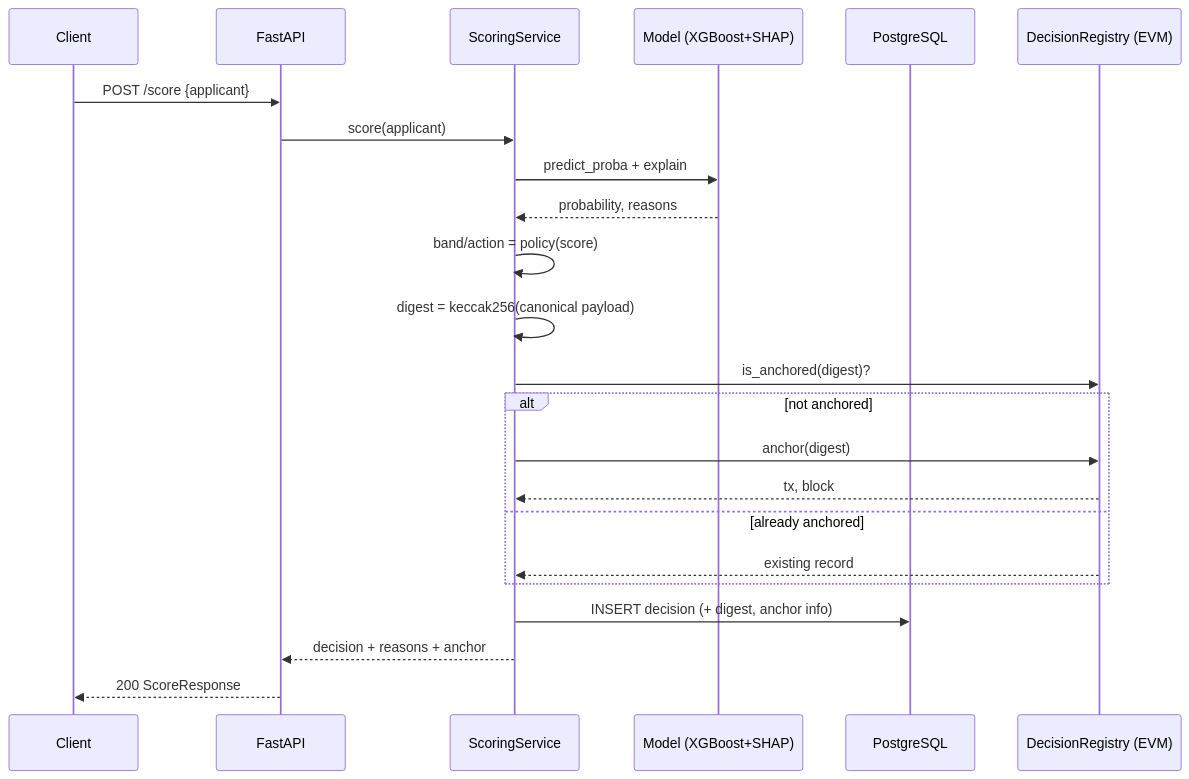
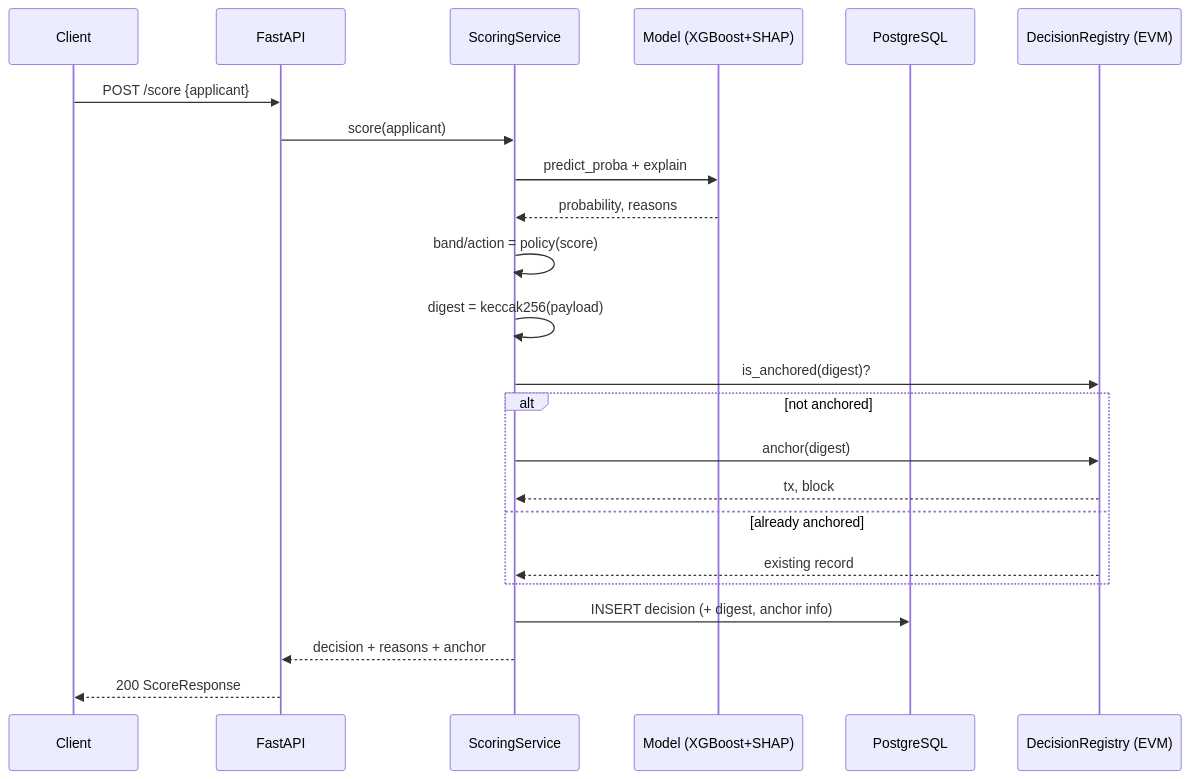
The diagram in docs/architecture.md (Angelsoul35/credittrace), drawn with Mermaid before and after one commit. The commit also changed other lines of this file and 4 other files, not shown here.

````diff
--- a/docs/architecture.md
+++ b/docs/architecture.md
@@ -21,26 +21,26 @@
 ```mermaid
 sequenceDiagram
     participant C as Client
     participant API as FastAPI
     participant S as ScoringService
     participant M as Model (XGBoost+SHAP)
     participant DB as PostgreSQL
     participant CH as DecisionRegistry (EVM)
 
     C->>API: POST /score {applicant}
     API->>S: score(applicant)
     S->>M: predict_proba + explain
     M-->>S: probability, reasons
     S->>S: band/action = policy(score)
-    S->>S: digest = keccak256(canonical payload)
+    S->>S: digest = keccak256(payload)
     S->>CH: is_anchored(digest)?
     alt not anchored
         S->>CH: anchor(digest)
         CH-->>S: tx, block
     else already anchored
         CH-->>S: existing record
     end
     S->>DB: INSERT decision (+ digest, anchor info)
     S-->>API: decision + reasons + anchor
     API-->>C: 200 ScoreResponse
 ```
````
